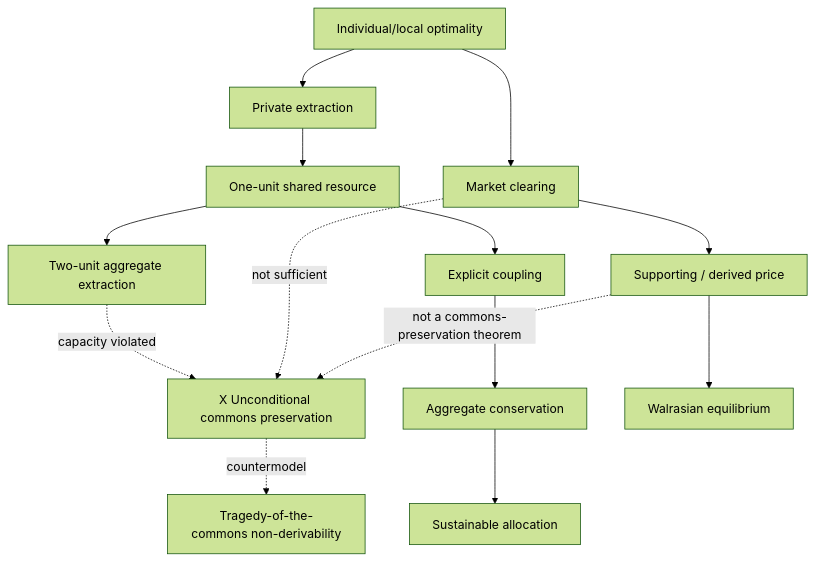
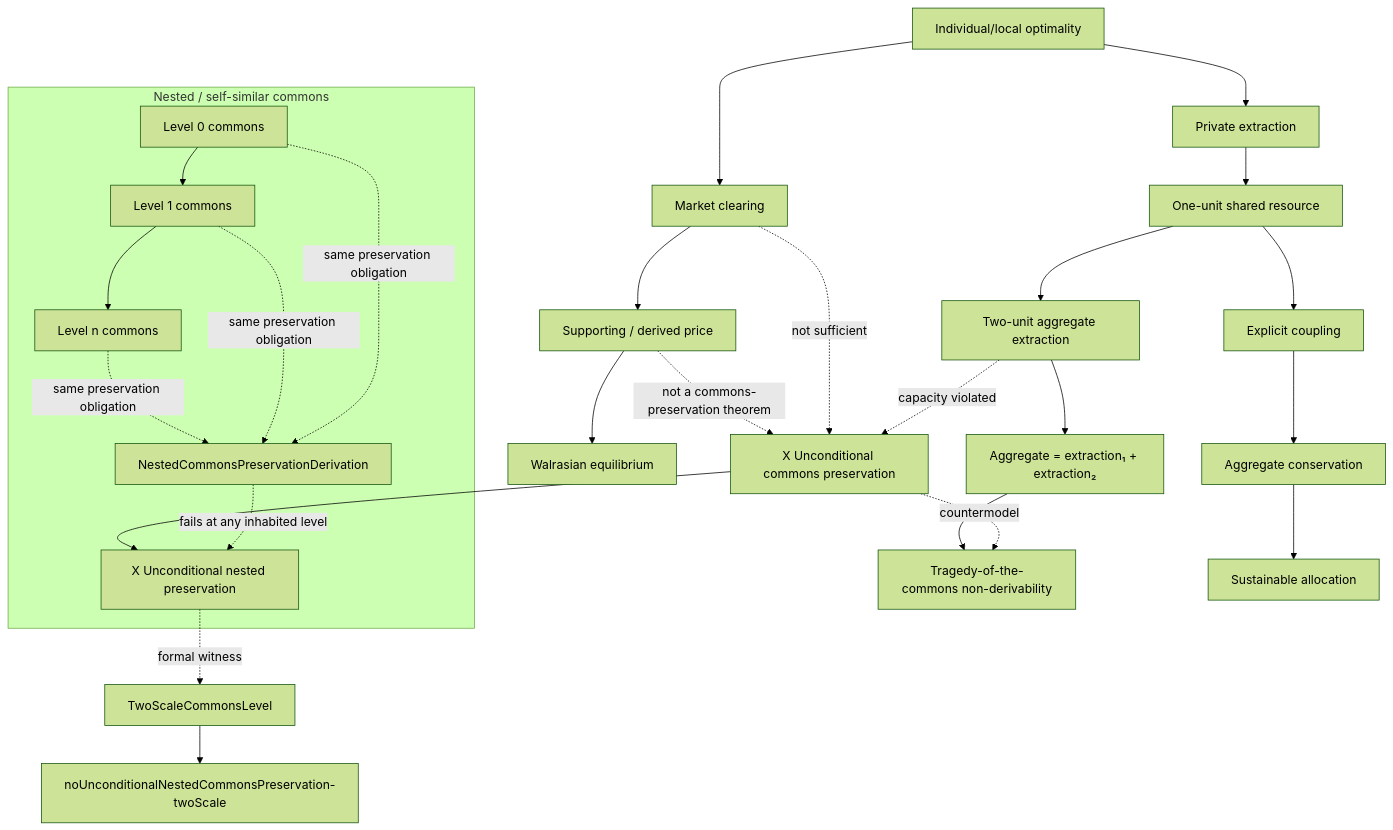
The diagram in .ci/discovery/commons-nonderivability-2026-09-26.mmd (JohnChristianD/Actions), drawn with Mermaid (forest theme) before and after one commit.

Commit message:
Complete nested commons graph

```diff
--- a/.ci/discovery/commons-nonderivability-2026-09-26.mmd
+++ b/.ci/discovery/commons-nonderivability-2026-09-26.mmd
@@ -1,14 +1,31 @@
 flowchart TD
   LO["Individual/local optimality"] --> EXT["Private extraction"]
   EXT --> CO["One-unit shared resource"]
   CO --> AGG["Two-unit aggregate extraction"]
   AGG -. "capacity violated" .-> X["X Unconditional commons preservation"]
   X -. "countermodel" .-> TC["Tragedy-of-the-commons non-derivability"]
+
   LO --> MC["Market clearing"]
   MC -. "not sufficient" .-> X
+  MC --> PRICE["Supporting / derived price"]
+  PRICE --> WE["Walrasian equilibrium"]
+  PRICE -. "not a commons-preservation theorem" .-> X
+
   CO --> COUP["Explicit coupling"]
   COUP --> CONS["Aggregate conservation"]
   CONS --> SUST["Sustainable allocation"]
-  MC --> PRICE["Supporting / derived price"]
-  PRICE --> WE["Walrasian equilibrium"]
-  PRICE -. "not a commons-preservation theorem" .-> X
+
+  subgraph NESTED["Nested / self-similar commons"]
+    L0["Level 0 commons"] --> L1["Level 1 commons"]
+    L1 --> LN["Level n commons"]
+    L0 -. "same preservation obligation" .-> NP["NestedCommonsPreservationDerivation"]
+    L1 -. "same preservation obligation" .-> NP
+    LN -. "same preservation obligation" .-> NP
+    NP -. "fails at any inhabited level" .-> NX["X Unconditional nested preservation"]
+  end
+
+  X --> NX
+  NX -. "formal witness" .-> TWO["TwoScaleCommonsLevel"]
+  TWO --> TC2["noUnconditionalNestedCommonsPreservation-twoScale"]
+  AGG --> SUM["Aggregate = extraction₁ + extraction₂"]
+  SUM --> TC
```
